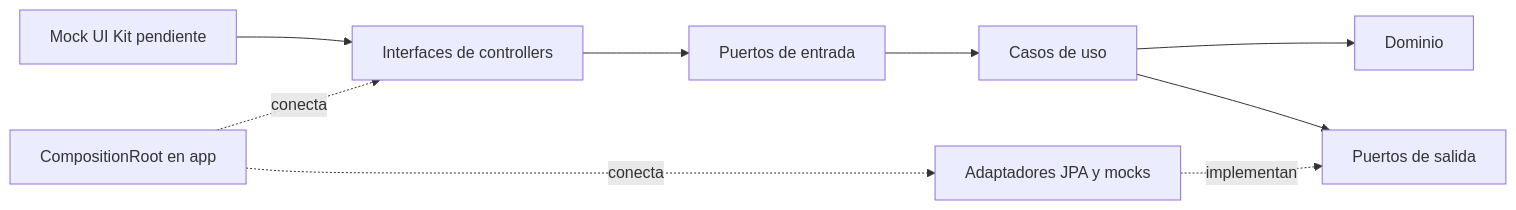
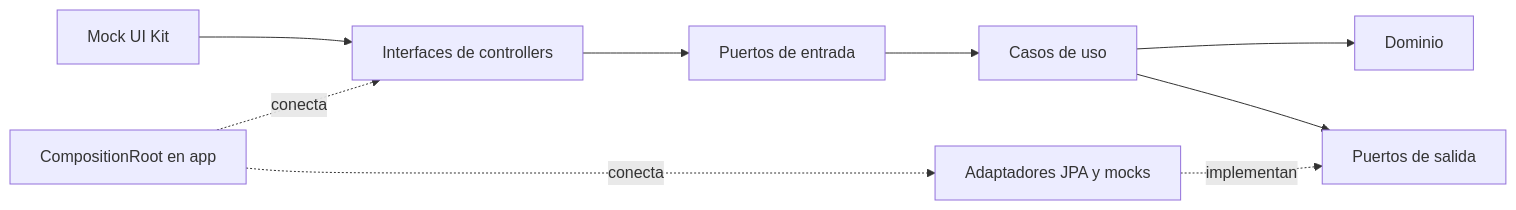
One commit to claribelpereyra/skillswap changed the first of 2 diagrams in docs/informe/89-casos-de-uso-y-puertos.md. Above: the diagram before and after it, drawn with Mermaid. The commit also changed 15 other files, not shown here.

````diff
--- a/docs/informe/89-casos-de-uso-y-puertos.md
+++ b/docs/informe/89-casos-de-uso-y-puertos.md
@@ -17,11 +17,11 @@
 ```mermaid
 flowchart LR
-    UI[Mock UI Kit pendiente] --> C[Interfaces de controllers]
+    UI[Mock UI Kit] --> C[Interfaces de controllers]
     C --> IN[Puertos de entrada]
     IN --> UC[Casos de uso]
     UC --> D[Dominio]
     UC --> OUT[Puertos de salida]
     JPA[Adaptadores JPA y mocks] -. implementan .-> OUT
     ROOT[CompositionRoot en app] -. conecta .-> C
     ROOT -. conecta .-> JPA
 ```
````
